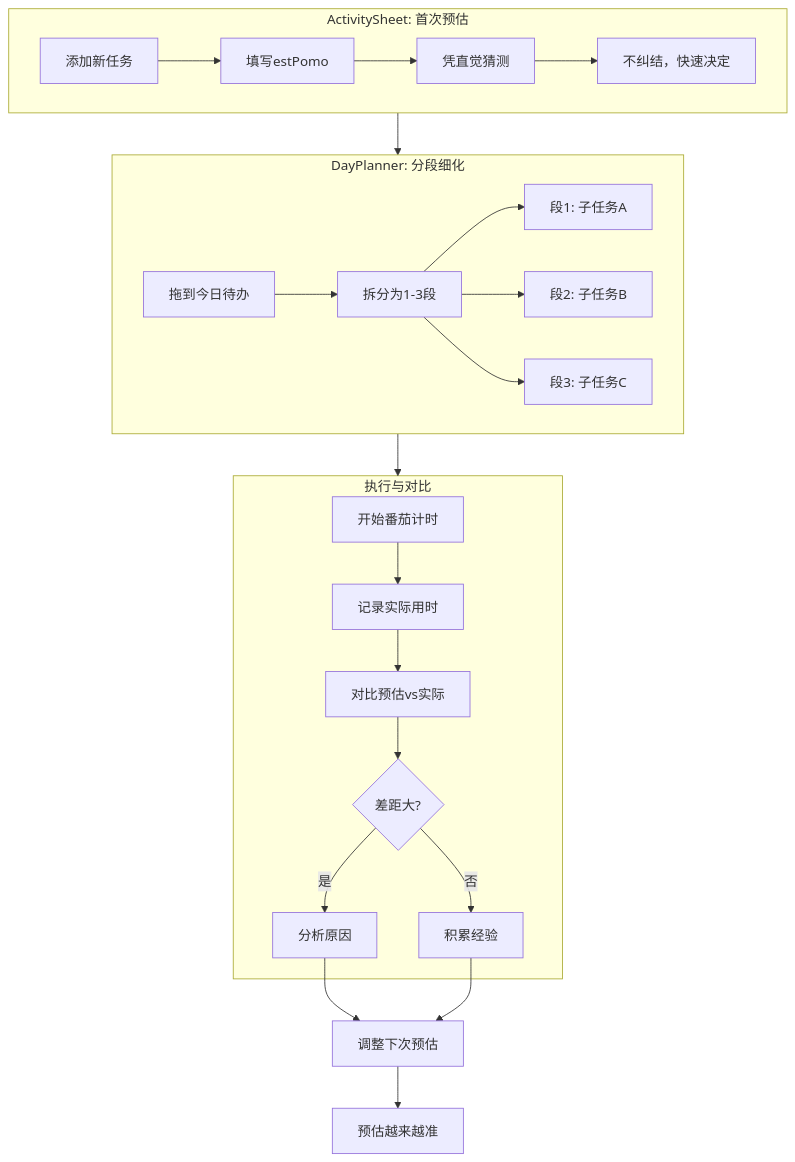
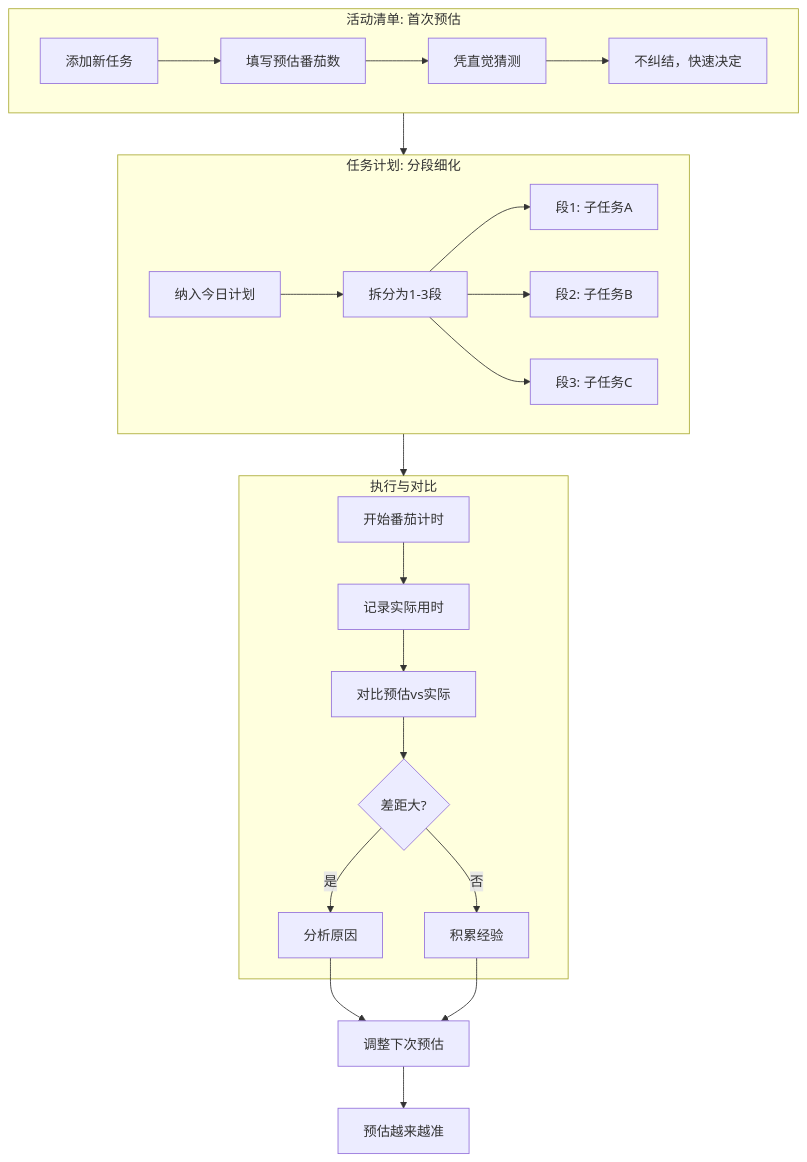
Before and after one commit to Xeonilian/pomotention: the diagram in docs/guide/pomodoro-technique/03-estimate-tasks.md, drawn with Mermaid. The commit also changed other lines of this file and 17 other files, not shown here.

````diff
--- a/docs/guide/pomodoro-technique/03-estimate-tasks.md
+++ b/docs/guide/pomodoro-technique/03-estimate-tasks.md
@@ -57,29 +59,29 @@
 ```mermaid
 flowchart TD
-    subgraph 首次预估[ActivitySheet: 首次预估]
-        A[添加新任务] --> B[填写estPomo]
+    subgraph 首次预估[活动清单: 首次预估]
+        A[添加新任务] --> B[填写预估番茄数]
         B --> C[凭直觉猜测]
         C --> D[不纠结，快速决定]
     end
     
-    subgraph 执行计划[DayPlanner: 分段细化]
-        E[拖到今日待办] --> F[拆分为1-3段]
+    subgraph 执行计划[任务计划: 分段细化]
+        E[纳入今日计划] --> F[拆分为1-3段]
         F --> G[段1: 子任务A]
         F --> H[段2: 子任务B]
         F --> I[段3: 子任务C]
     end
     
     subgraph 对比学习[执行与对比]
         J[开始番茄计时] --> K[记录实际用时]
         K --> L[对比预估vs实际]
         L --> M{差距大?}
         M -->|是| N[分析原因]
         M -->|否| O[积累经验]
     end
     
     N --> P[调整下次预估]
     O --> P
     P --> Q[预估越来越准]
     
     首次预估 --> 执行计划 --> 对比学习
 ```
````
